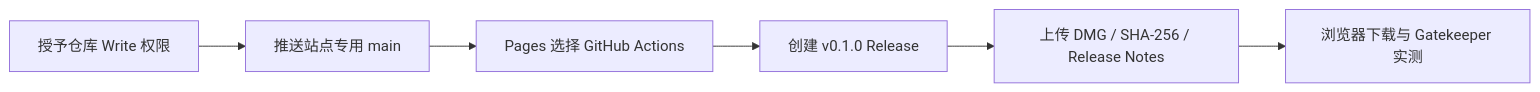
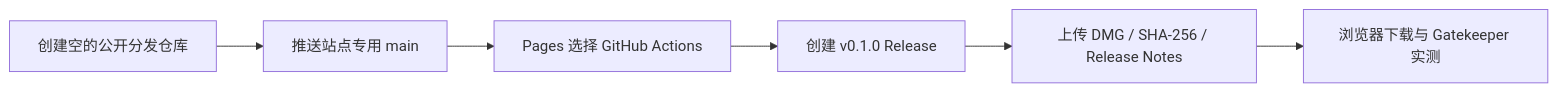
Before and after one commit to ohmyangboy/lives: the first of 3 diagrams in docs/发布/Lives-0.1.0-上线计划.md, drawn with Mermaid. The commit also changed other lines of this file and 13 other files, not shown here.

````diff
--- a/docs/发布/Lives-0.1.0-上线计划.md
+++ b/docs/发布/Lives-0.1.0-上线计划.md
@@ -33,8 +37,8 @@
 ```mermaid
 flowchart LR
-  A[授予仓库 Write 权限] --> B[推送站点专用 main]
+  A[创建空的公开分发仓库] --> B[推送站点专用 main]
   B --> C[Pages 选择 GitHub Actions]
   C --> D[创建 v0.1.0 Release]
   D --> E[上传 DMG / SHA-256 / Release Notes]
   E --> F[浏览器下载与 Gatekeeper 实测]
 ```
````
